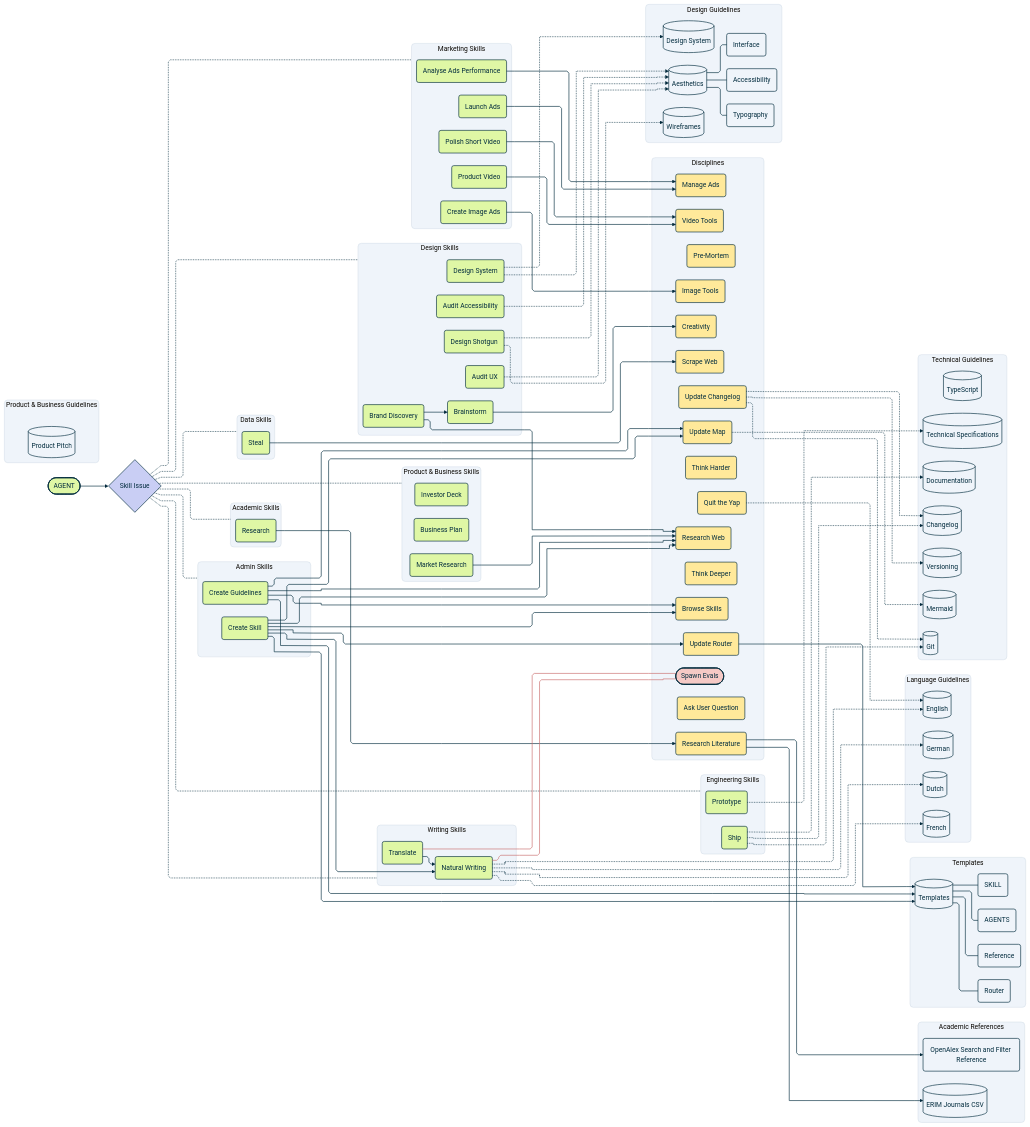
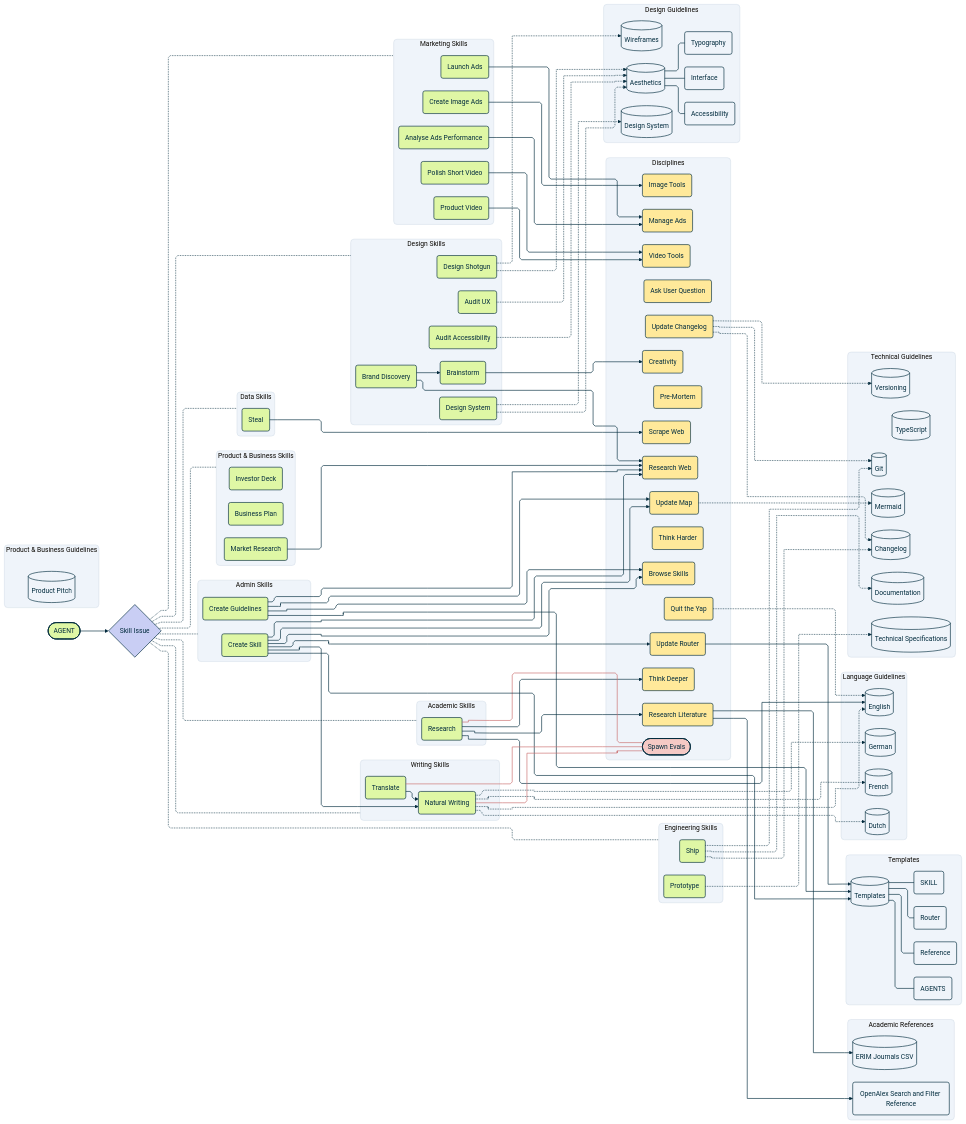
Before and after one commit to josuamittels/agent-stack: the diagram in map.mmd, drawn with Mermaid. The commit also changed 5 other files, not shown here.

Commit message:
feat: add academic research skill

```diff
--- a/map.mmd
+++ b/map.mmd
@@ -108,6 +108,9 @@
     end
 
     research --> research_literature
+    research --> think_deeper
+    research --> english
+    research eval_research@--- spawn_evals
     research_literature --> erim_journals
     research_literature --> openalex_docs
     steal --> scrape_web
@@ -204,7 +207,7 @@
     classDef section rx:8px,ry:8px
     class ask_user_question,think_harder,think_deeper,pre_mortem,browse_skills,update_changelog,quit_the_yap,update_map,update_router,research_web,scrape_web,research_literature,manage_ads,creativity,image_tools,video_tools method;
     class skill_issue decision
-    class eval_create_skill,eval_translate,eval_natural_writing evaluation_link
+    class eval_create_skill,eval_translate,eval_natural_writing,eval_research evaluation_link
     class spawn_evals evaluation
     class stack entry
     class natural_writing,create_guidelines,research,translate,analyse_ads,audit_accessibility,audit_ux,brainstorm,brand_discovery,business_plan,create_image_ads,create_skill,design_shotgun,design_system,investor_deck,launch_ads,market_research,polish_video,product_video,prototype,ship,steal skill
```
